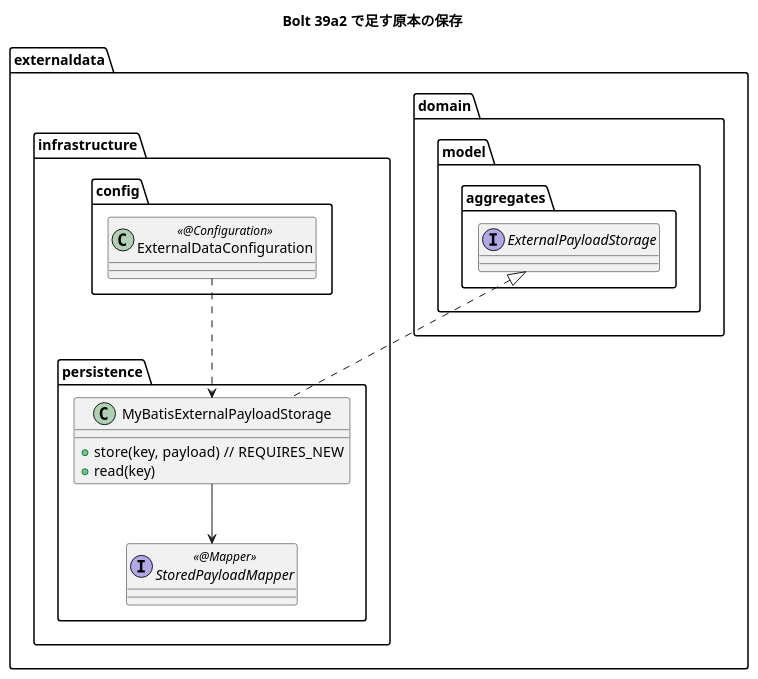
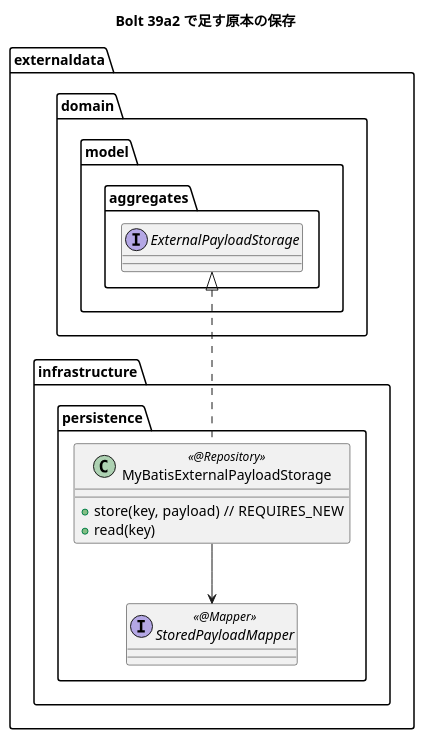
One commit to k2works/practical-domain-driven-design-in-enterpris-application changed the first of 2 diagrams in docs/development/cargo-tracker/bolt_39a2_plan.md. Above: the diagram before and after it, drawn with PlantUML. The commit also changed other lines of this file and 1 other file, not shown here.

````diff
--- a/docs/development/cargo-tracker/bolt_39a2_plan.md
+++ b/docs/development/cargo-tracker/bolt_39a2_plan.md
@@ -94,23 +97,19 @@
 ```plantuml
 @startuml
 title Bolt 39a2 で足す原本の保存
 package "externaldata" {
   package "domain.model.aggregates" {
     interface ExternalPayloadStorage
   }
   package "infrastructure.persistence" {
-    class MyBatisExternalPayloadStorage {
+    class MyBatisExternalPayloadStorage <<@Repository>> {
       + store(key, payload)  // REQUIRES_NEW
       + read(key)
     }
     interface StoredPayloadMapper <<@Mapper>>
   }
-  package "infrastructure.config" {
-    class ExternalDataConfiguration <<@Configuration>>
-  }
 }
 ExternalPayloadStorage <|.. MyBatisExternalPayloadStorage
 MyBatisExternalPayloadStorage --> StoredPayloadMapper
-ExternalDataConfiguration ..> MyBatisExternalPayloadStorage
 @enduml
 ```
````
